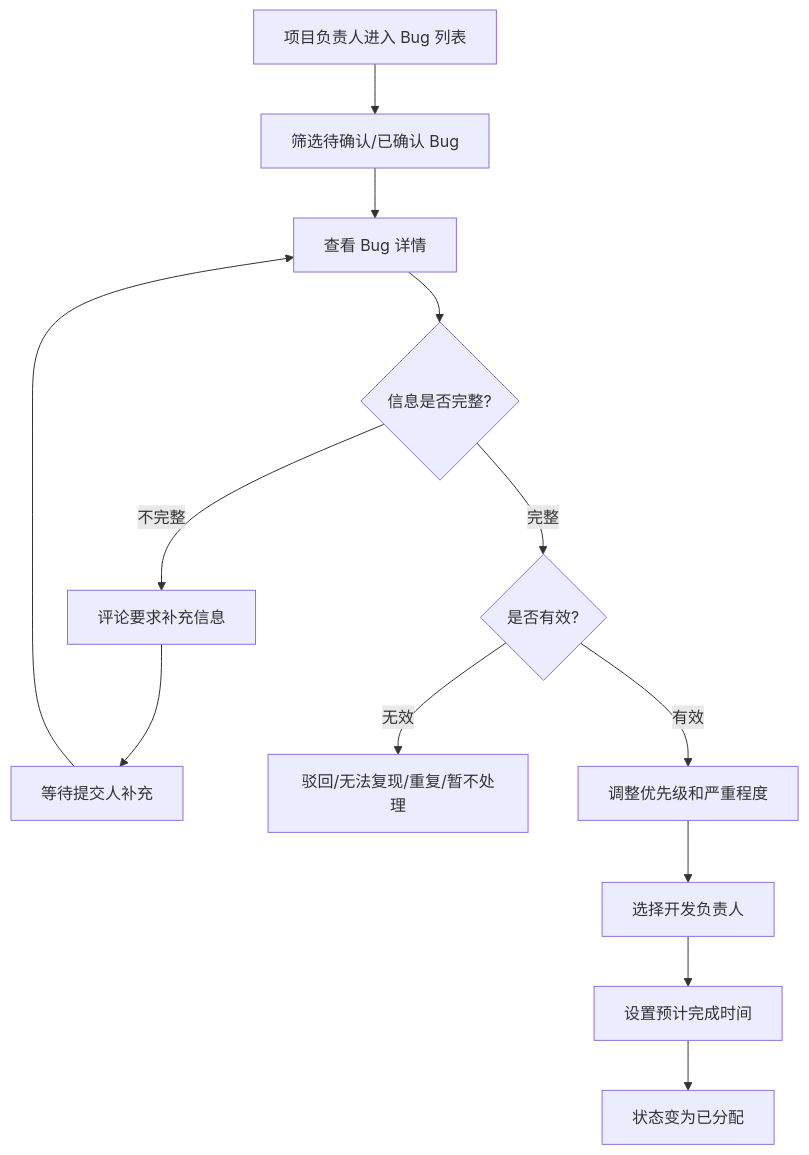
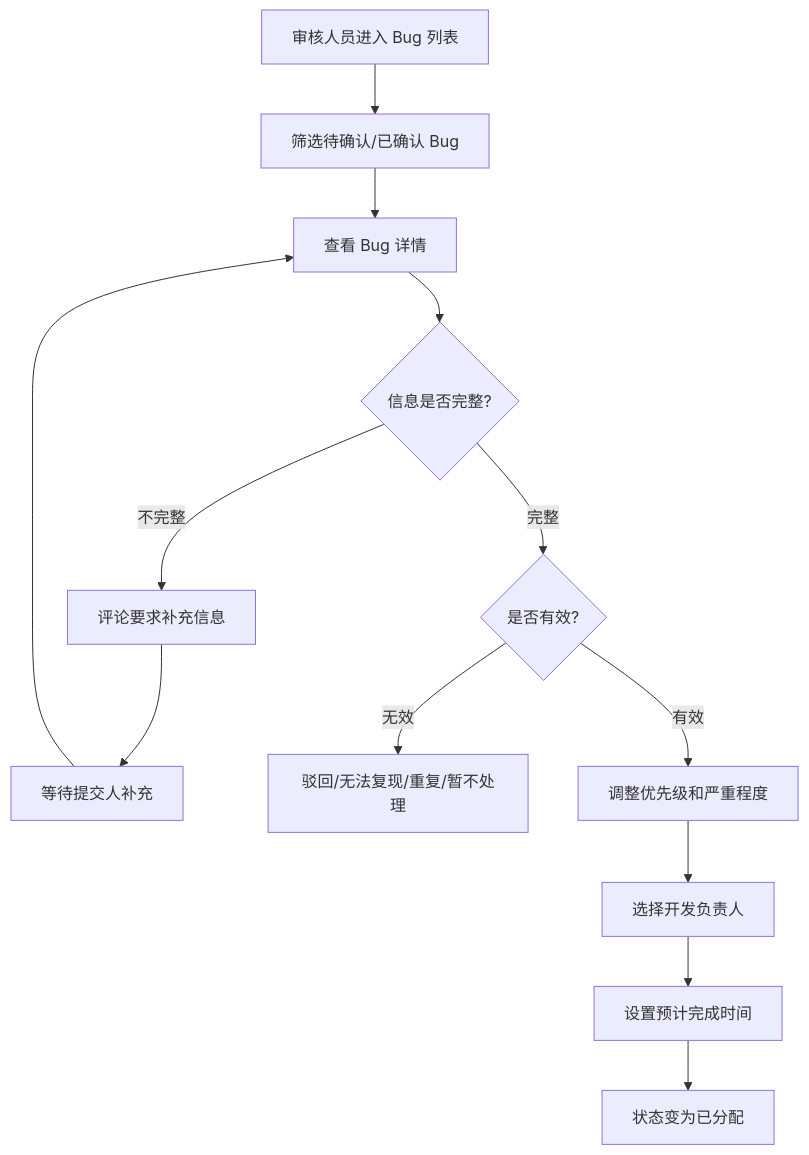
One commit to gitYelm/promanage changed the fourth of 10 diagrams in docs/架构文档/业务流程图.md. Above: the diagram before and after it, drawn with Mermaid. The commit also changed other lines of this file and 11 other files, not shown here.

````diff
--- a/docs/架构文档/业务流程图.md
+++ b/docs/架构文档/业务流程图.md
@@ -135,15 +135,15 @@
 ```mermaid
 flowchart TD
-  A["项目负责人进入 Bug 列表"] --> B["筛选待确认/已确认 Bug"]
+  A["审核人员进入 Bug 列表"] --> B["筛选待确认/已确认 Bug"]
   B --> C["查看 Bug 详情"]
   C --> D{"信息是否完整?"}
   D -->|"不完整"| E["评论要求补充信息"]
   E --> F["等待提交人补充"]
   F --> C
   D -->|"完整"| G{"是否有效?"}
   G -->|"无效"| H["驳回/无法复现/重复/暂不处理"]
   G -->|"有效"| I["调整优先级和严重程度"]
   I --> J["选择开发负责人"]
   J --> K["设置预计完成时间"]
   K --> L["状态变为已分配"]
 ```
````
